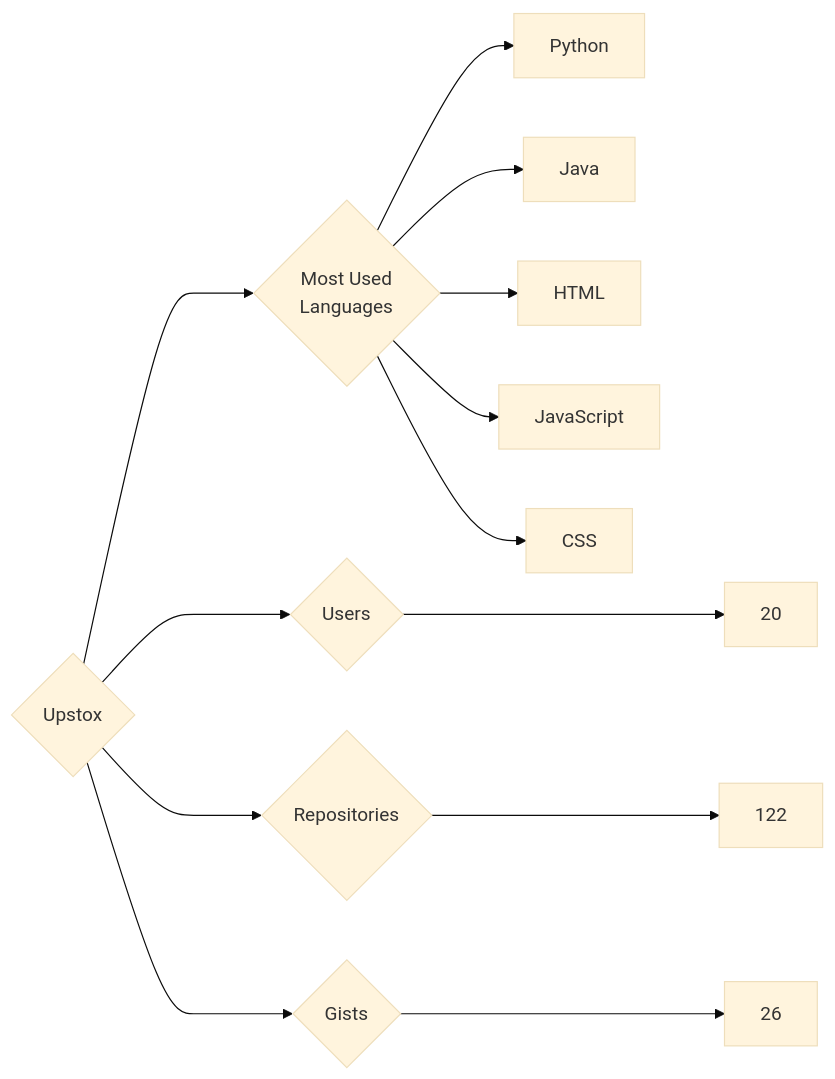
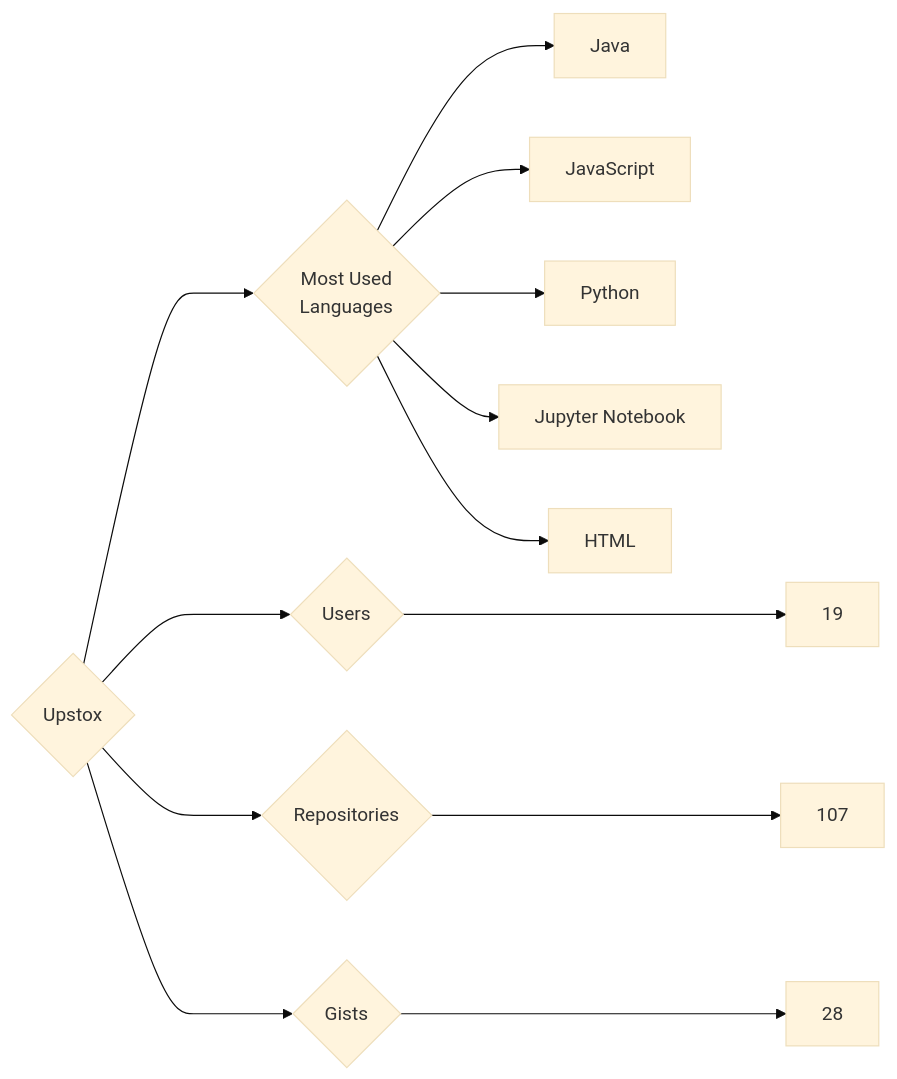
Before and after one commit to trickest/insiders: the diagram in targets/Upstox/README.md, drawn with Mermaid (base theme). The commit also changed 903 other files, not shown here.

````diff
--- a/targets/Upstox/README.md
+++ b/targets/Upstox/README.md
@@ -3,13 +3,13 @@
 ```mermaid
 graph LR
 COMPANY_NAME{Upstox}
-COMPANY_NAME ---> U{Users} ---> UN[20]
-COMPANY_NAME ---> R{Repositories} ---> RN[122]
-COMPANY_NAME ---> G{Gists} ---> GN[26]
+COMPANY_NAME ---> U{Users} ---> UN[19]
+COMPANY_NAME ---> R{Repositories} ---> RN[107]
+COMPANY_NAME ---> G{Gists} ---> GN[28]
 COMPANY_NAME ---> ML{Most Used<br>Languages}
+ML --> Java[Java]
+ML --> JavaScript[JavaScript]
 ML --> Python[Python]
-ML --> Java[Java]
+ML --> Jupyter_Notebook[Jupyter Notebook]
 ML --> HTML[HTML]
-ML --> JavaScript[JavaScript]
-ML --> CSS[CSS]
 ```
````
